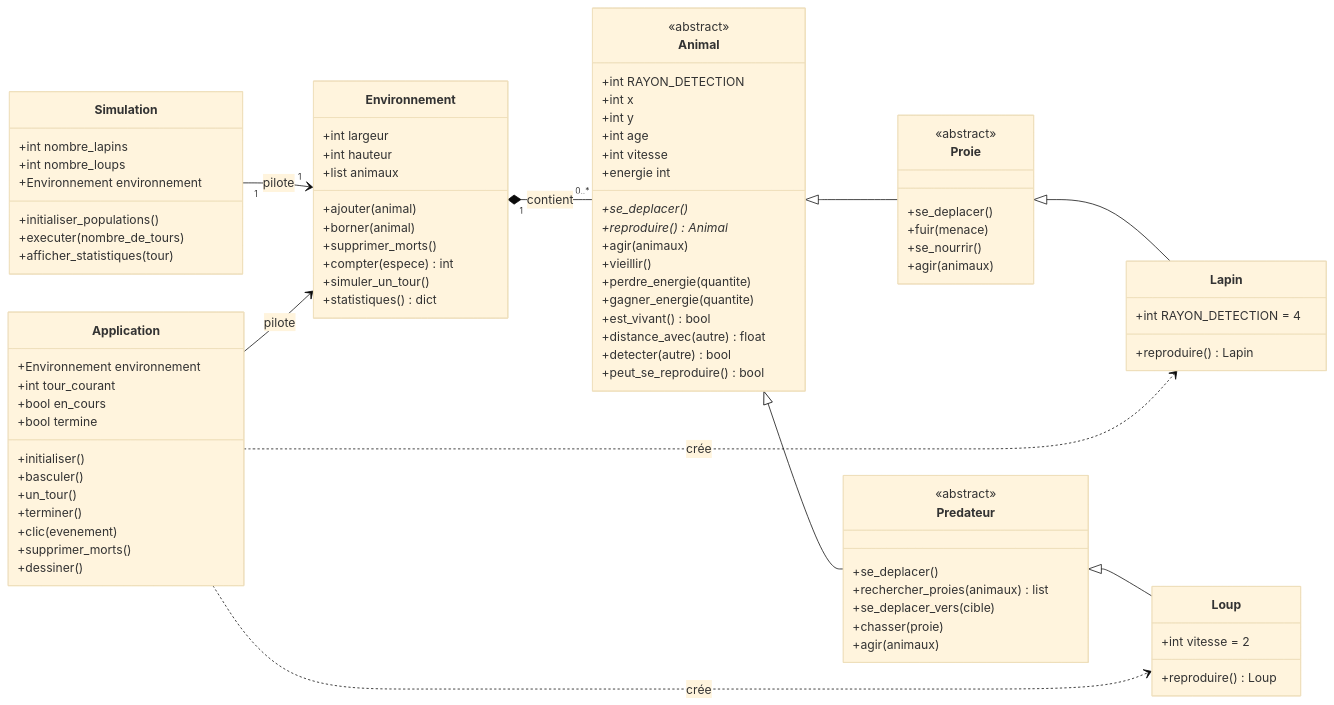
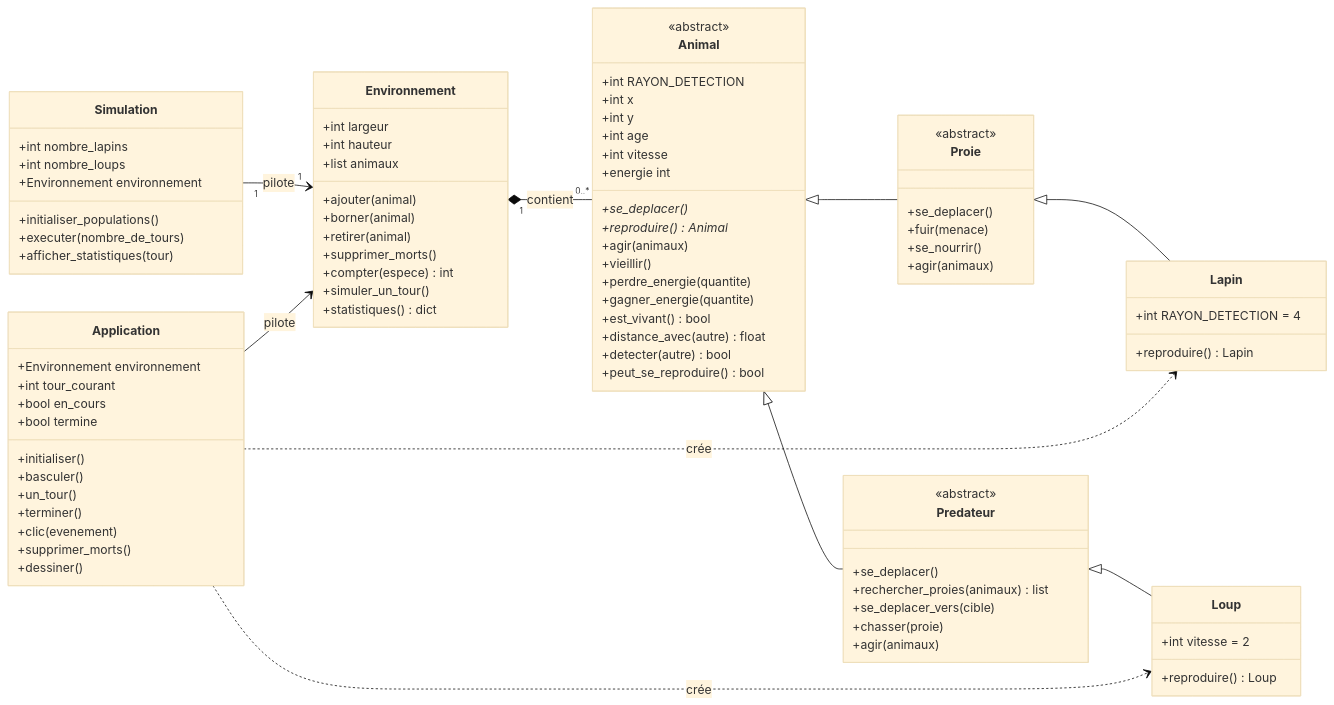
The third of 3 diagrams in rapport.md (hmty-CHEN/POO-TP1), drawn with Mermaid (base theme) before and after one commit. The commit also changed other lines of this file and 2 other files, not shown here.

Commit message:
Suppression d un animal par clic

```diff
--- a/rapport.md
+++ b/rapport.md
@@ -206,6 +206,7 @@
         +list animaux
         +ajouter(animal)
         +borner(animal)
+        +retirer(animal)
         +supprimer_morts()
         +compter(espece) int
         +simuler_un_tour()
```
